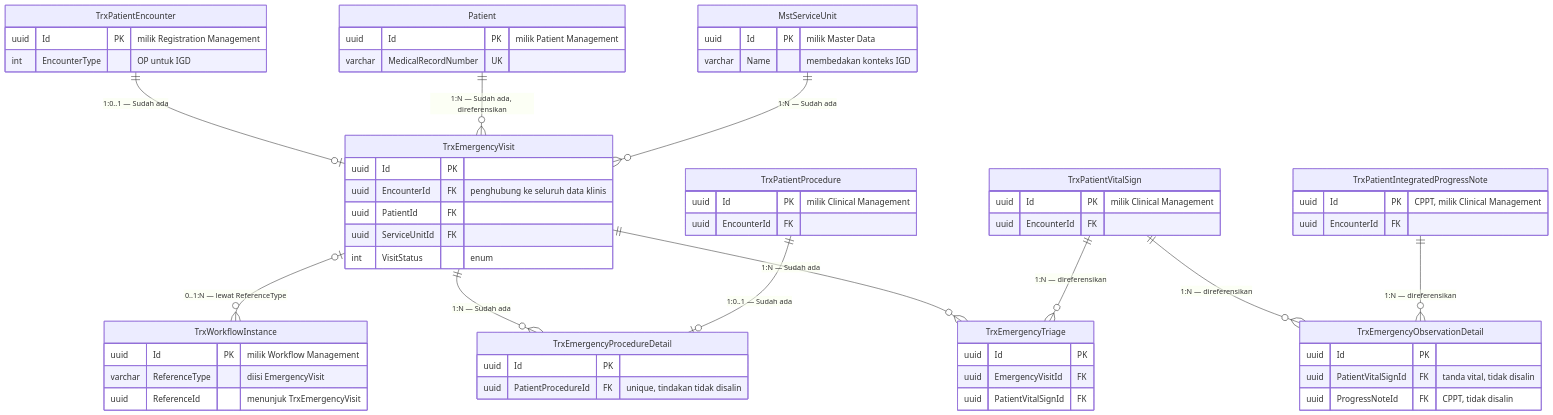
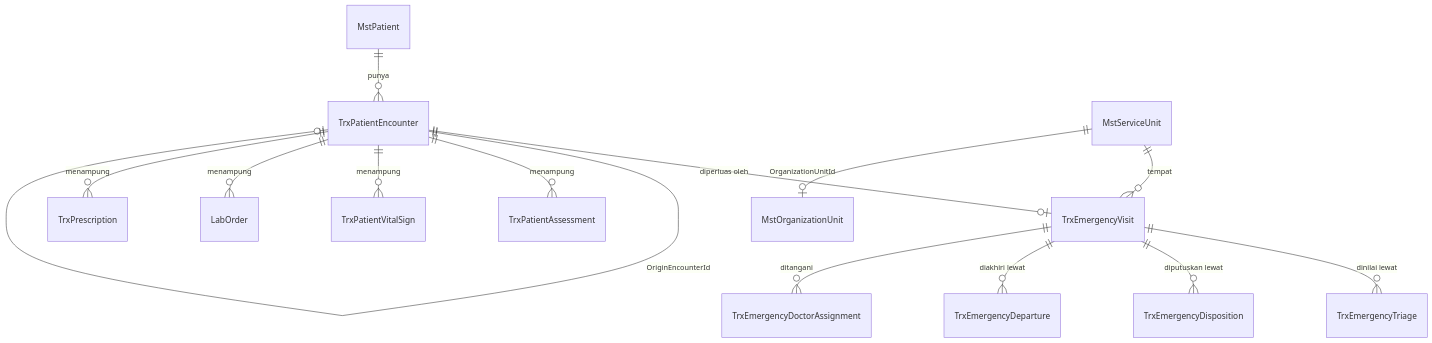
Before and after one commit to DevBenari/NewQuilvianSystemBackend: the diagram in docs/module-blueprints/igd/erd/00-context-erd.md, drawn with Mermaid. The commit also changed other lines of this file and 35 other files, not shown here.

Commit message:
membuat roadmap iGD pengkajian pasien dan transfer pasien

````diff
--- a/docs/module-blueprints/igd/erd/00-context-erd.md
+++ b/docs/module-blueprints/igd/erd/00-context-erd.md
@@ -16,63 +28,16 @@
 ```mermaid
 erDiagram
-    TrxPatientEncounter {
-        uuid Id PK "milik Registration Management"
-        int EncounterType "OP untuk IGD"
-    }
-    Patient {
-        uuid Id PK "milik Patient Management"
-        varchar MedicalRecordNumber UK
-    }
-    MstServiceUnit {
-        uuid Id PK "milik Master Data"
-        varchar Name "membedakan konteks IGD"
-    }
-    TrxEmergencyVisit {
-        uuid Id PK
-        uuid EncounterId FK "penghubung ke seluruh data klinis"
-        uuid PatientId FK
-        uuid ServiceUnitId FK
-        int VisitStatus "enum"
-    }
-    TrxEmergencyTriage {
-        uuid Id PK
-        uuid EmergencyVisitId FK
-        uuid PatientVitalSignId FK
-    }
-    TrxEmergencyObservationDetail {
-        uuid Id PK
-        uuid PatientVitalSignId FK "tanda vital, tidak disalin"
-        uuid ProgressNoteId FK "CPPT, tidak disalin"
-    }
-    TrxEmergencyProcedureDetail {
-        uuid Id PK
-        uuid PatientProcedureId FK "unique, tindakan tidak disalin"
-    }
-    TrxPatientProcedure {
-        uuid Id PK "milik Clinical Management"
-        uuid EncounterId FK
-    }
-    TrxPatientVitalSign {
-        uuid Id PK "milik Clinical Management"
-        uuid EncounterId FK
-    }
-    TrxPatientIntegratedProgressNote {
-        uuid Id PK "CPPT, milik Clinical Management"
-        uuid EncounterId FK
-    }
-    TrxWorkflowInstance {
-        uuid Id PK "milik Workflow Management"
-        varchar ReferenceType "diisi EmergencyVisit"
-        uuid ReferenceId "menunjuk TrxEmergencyVisit"
-    }
-    TrxPatientEncounter ||--o| TrxEmergencyVisit : "1:0..1 — Sudah ada"
-    Patient ||--o{ TrxEmergencyVisit : "1:N — Sudah ada, direferensikan"
-    MstServiceUnit ||--o{ TrxEmergencyVisit : "1:N — Sudah ada"
-    TrxEmergencyVisit ||--o{ TrxEmergencyTriage : "1:N — Sudah ada"
-    TrxEmergencyVisit ||--o{ TrxEmergencyProcedureDetail : "1:N — Sudah ada"
-    TrxPatientProcedure ||--o| TrxEmergencyProcedureDetail : "1:0..1 — Sudah ada"
-    TrxPatientVitalSign ||--o{ TrxEmergencyTriage : "1:N — direferensikan"
-    TrxPatientVitalSign ||--o{ TrxEmergencyObservationDetail : "1:N — direferensikan"
-    TrxPatientIntegratedProgressNote ||--o{ TrxEmergencyObservationDetail : "1:N — direferensikan"
-    TrxEmergencyVisit |o--o{ TrxWorkflowInstance : "0..1:N — lewat ReferenceType"
+    MstPatient ||--o{ TrxPatientEncounter : "punya"
+    TrxPatientEncounter ||--o| TrxEmergencyVisit : "diperluas oleh"
+    TrxPatientEncounter ||--o| TrxPatientEncounter : "OriginEncounterId"
+    TrxPatientEncounter ||--o{ TrxPatientAssessment : "menampung"
+    TrxPatientEncounter ||--o{ TrxPatientVitalSign : "menampung"
+    TrxPatientEncounter ||--o{ LabOrder : "menampung"
+    TrxPatientEncounter ||--o{ TrxPrescription : "menampung"
+    TrxEmergencyVisit ||--o{ TrxEmergencyTriage : "dinilai lewat"
+    TrxEmergencyVisit ||--o{ TrxEmergencyDisposition : "diputuskan lewat"
+    TrxEmergencyVisit ||--o{ TrxEmergencyDeparture : "diakhiri lewat"
+    TrxEmergencyVisit ||--o{ TrxEmergencyDoctorAssignment : "ditangani"
+    MstServiceUnit ||--o{ TrxEmergencyVisit : "tempat"
+    MstServiceUnit ||--o| MstOrganizationUnit : "OrganizationUnitId"
 ```
````
